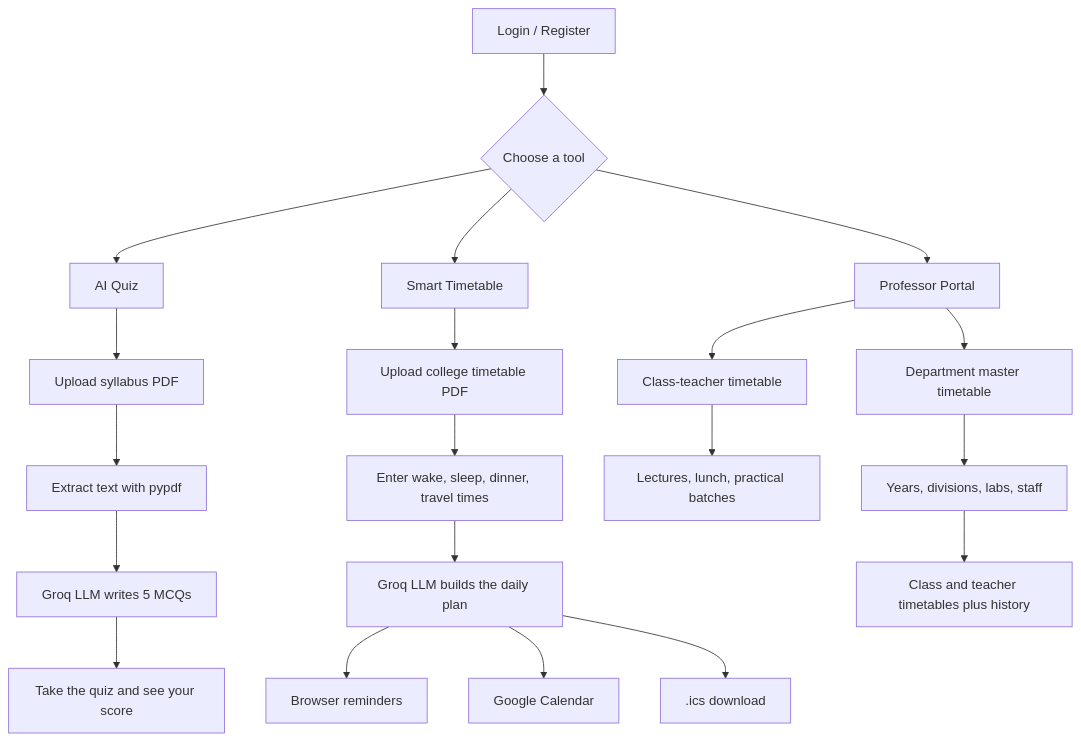
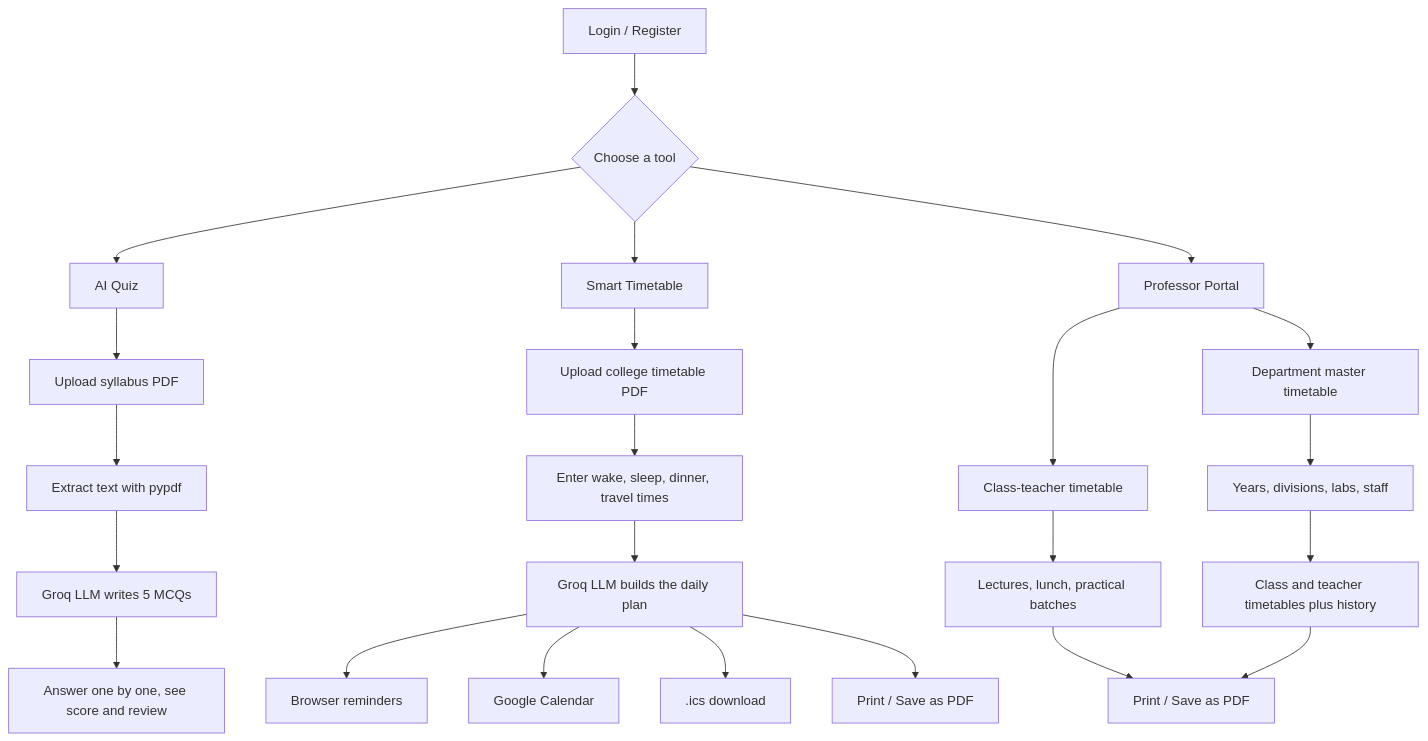
Before and after one commit to sakshidange06/Smart_Time_Table: the first of 2 diagrams in README.md, drawn with Mermaid. The commit also changed other lines of this file, not shown here.

````diff
--- a/README.md
+++ b/README.md
@@ -77,22 +101,25 @@
 ```mermaid
 flowchart TD
     A[Login / Register] --> B{Choose a tool}
     B --> C[AI Quiz]
     B --> D[Smart Timetable]
     B --> P[Professor Portal]
     C --> C1[Upload syllabus PDF]
     C1 --> C2[Extract text with pypdf]
     C2 --> C3[Groq LLM writes 5 MCQs]
-    C3 --> C4[Take the quiz and see your score]
+    C3 --> C4[Answer one by one, see score and review]
     D --> D1[Upload college timetable PDF]
     D1 --> D2[Enter wake, sleep, dinner, travel times]
     D2 --> D3[Groq LLM builds the daily plan]
     D3 --> D4[Browser reminders]
     D3 --> D5[Google Calendar]
     D3 --> D6[.ics download]
+    D3 --> D7[Print / Save as PDF]
     P --> P1[Class-teacher timetable]
     P --> P2[Department master timetable]
     P1 --> P3[Lectures, lunch, practical batches]
     P2 --> P4[Years, divisions, labs, staff]
     P4 --> P5[Class and teacher timetables plus history]
+    P3 --> P6[Print / Save as PDF]
+    P5 --> P6
 ```
````
